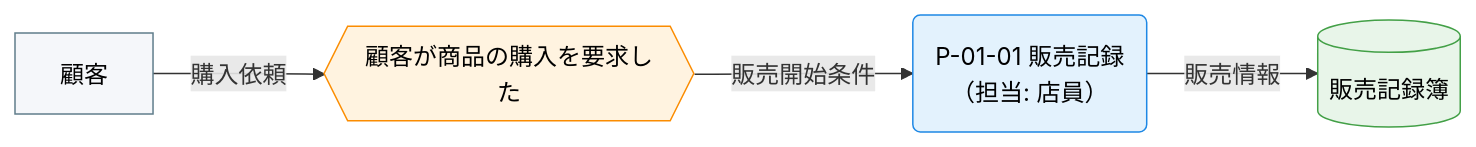
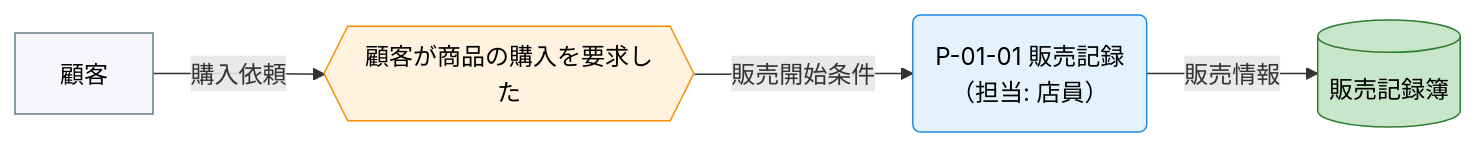
The fourth of 5 diagrams in docs/ja/specdojo/rulebooks/cdfd-mermaid-rulebook.md (specdojo/specdojo), drawn with Mermaid before and after one commit. The commit also changed other lines of this file and 8 other files, not shown here.

````diff
--- a/docs/ja/specdojo/rulebooks/cdfd-mermaid-rulebook.md
+++ b/docs/ja/specdojo/rulebooks/cdfd-mermaid-rulebook.md
@@ -174,21 +174,21 @@
 ```mermaid
 flowchart LR
   classDef process fill:#e3f2fd,stroke:#1e88e5,color:#000
   classDef event fill:#fff3e0,stroke:#fb8c00,color:#000
-  classDef store fill:#e8f5e9,stroke:#43a047,color:#000
+  classDef store fill:#c8e6c9,stroke:#2e7d32,color:#000
   classDef actor fill:#f5f7fa,stroke:#607d8b,color:#000
 
   顧客["顧客"]
   購入要求{{"顧客が商品の購入を要求した"}}
   販売記録("P-01-01 販売記録<br>（担当: 店員）")
   販売記録簿[("販売記録簿")]
 
   顧客 -->|"購入依頼"| 購入要求
   購入要求 -->|"販売開始条件"| 販売記録
   販売記録 -->|"販売情報"| 販売記録簿
 
   class 顧客 actor
   class 購入要求 event
   class 販売記録 process
   class 販売記録簿 store
 ```
````
